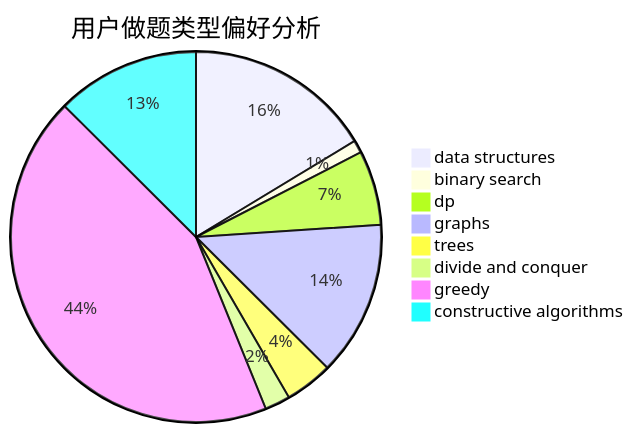
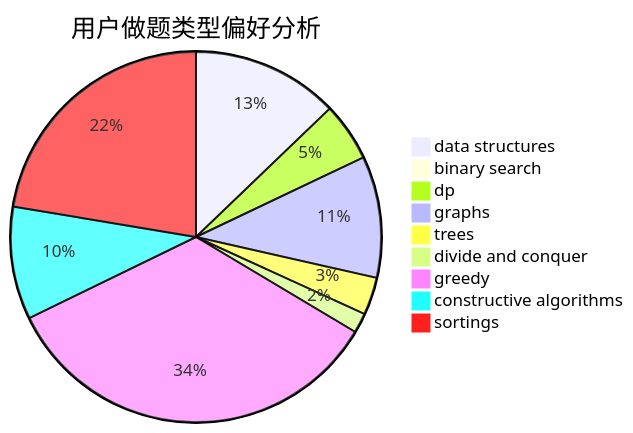
Before and after one commit to sherpahu/cfrs.github.io: the second of 3 diagrams in docs/user/u527.md, drawn with Mermaid. The commit also changed other lines of this file and 2769 other files, not shown here.

````diff
--- a/docs/user/u527.md
+++ b/docs/user/u527.md
@@ -23,11 +18,12 @@
 ```mermaid
 pie title 用户做题类型偏好分析
     "data structures" :  133
     "binary search" :  9
     "dp" :  53
     "graphs" :  110
     "trees" :  34
     "divide and conquer" :  18
     "greedy" :  355
     "constructive algorithms" :  102
+    "sortings" :  232
 ```
````
